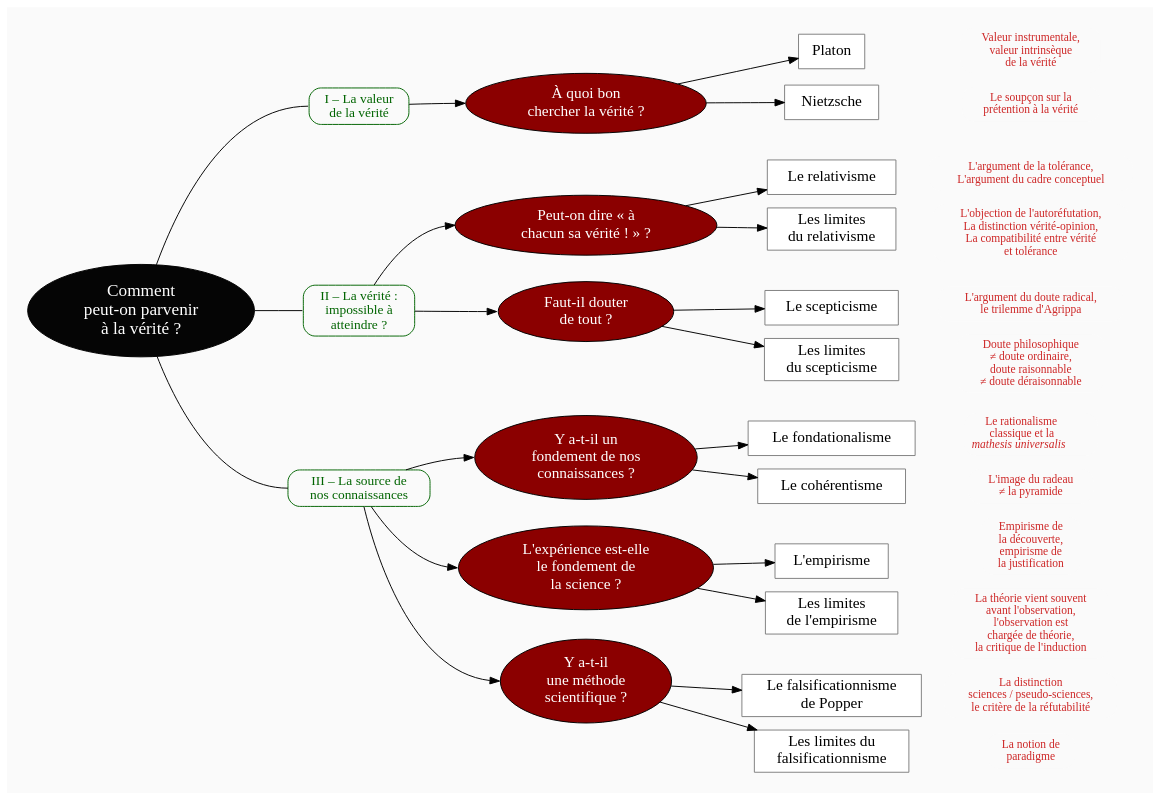
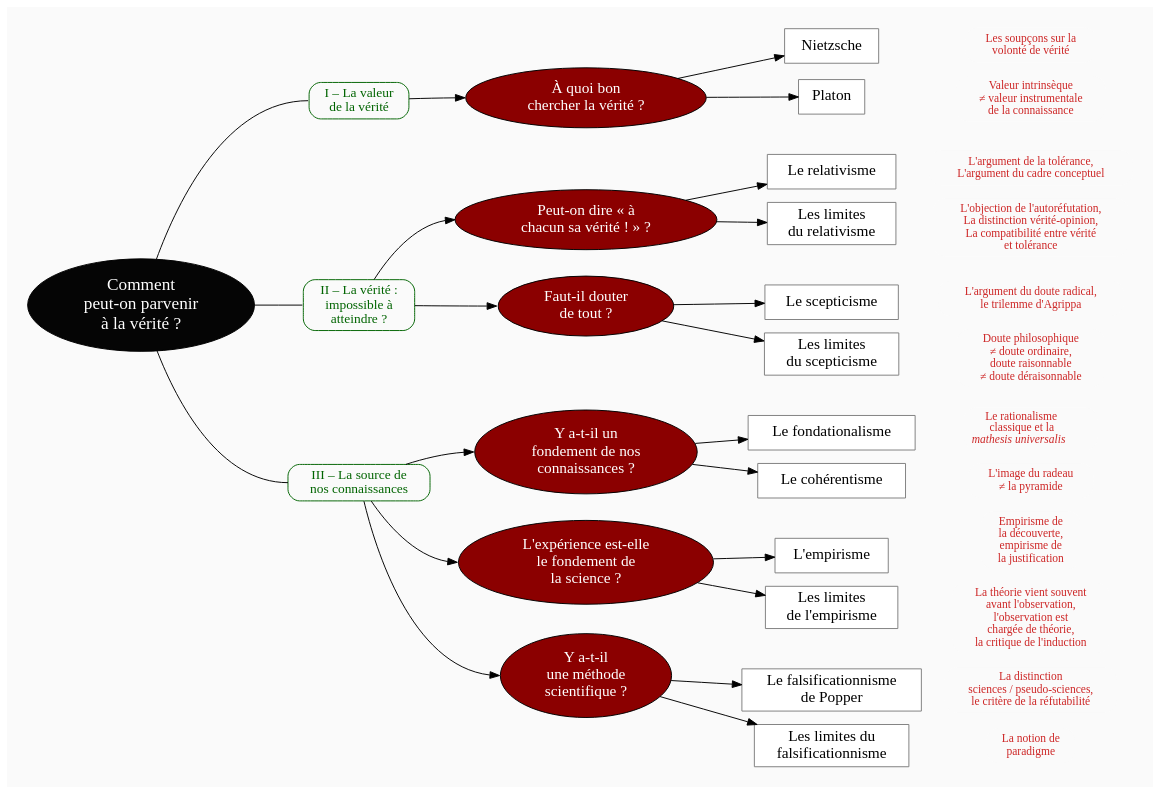
The diagram in plans/plan-cours-details-epistemologie.dot (eyssette/graphviz-examples), drawn with Graphviz before and after one commit. The commit also changed 1 other file, not shown here.

```diff
--- a/plans/plan-cours-details-epistemologie.dot
+++ b/plans/plan-cours-details-epistemologie.dot
@@ -1,188 +1,188 @@
 digraph G {
 // Template : diagram
 // Usage : 
 rankdir=LR
 splines=true
 //splines=curved
 bgcolor=grey98
 pad=0.3
 style=filled
 edge[minlen=3]
 node[style=filled, fontcolor=white]
 ranksep=0.1
 nodesep=0.2
 
 // NIVEAU 1
 node[fillcolor=grey2, fontsize=18]
 a1[label="Comment
 peut-on parvenir
 à la vérité ?"]
 
 // NIVEAU 2
 node[fontsize=14, shape=rect, fillcolor=grey98, fontcolor=darkgreen, color=darkgreen, style="filled, rounded"]
 a1->p1[headport=w, arrowhead=none,minlen=4]
 a1->p2[headport=w, arrowhead=none]
 a1->p3[headport=w, arrowhead=none]
 
 p1[label="I – La valeur
 de la vérité"]
 p2[label="II – La vérité :
 impossible à
 atteindre ?"]
 p3[label="III – La source de
 nos connaissances"]
 
 {rank=same;p1->p2[style=invis, minlen=12]}
 {rank=same;p1->p2[style=invis, minlen=12]}
 {rank=same;p2->p3[style=invis, minlen=10]}
 
 
 
 node[fontcolor=black, fontsize=16]
 // NIVEAU 3 (sans intermédiaire)
 node [shape=box, fillcolor=white, color=grey50]
 // c1[label=""]
 
 
 
 // INTERMÉDIAIRE AVANT NIVEAU 3
 node[fillcolor=red4, shape=oval, fontcolor=white, color=black, style="filled"]
 // [arrowhead=none]
 // bc1[label=""]
 p1->b1[headport=w]
 p2->b2[headport=w]
 p2->b3[headport=w]
 p3->b4[headport=w]
 p3->b5[headport=w]
 p3->b6[headport=w]
 b1[label="À quoi bon
 chercher la vérité ?"]    
 b2[label="Peut-on dire « à
 chacun sa vérité ! » ?"]
 b3[label="Faut-il douter
 de tout ?"]
 b4[label="Y a-t-il un
 fondement de nos
 connaissances ?"]
 b5[label="L'expérience est-elle
 le fondement de
 la science ?"]
 b6[label="Y a-t-il
 une méthode
 scientifique ?"]
 
 
 {rank=same;b1->b2[style=invis, minlen=3]}
 {rank=same;b2->b3[style=invis, minlen=2]}
 {rank=same;b3->b4[style=invis, minlen=2]}
 {rank=same;b4->b5->b6[style=invis, minlen=2]}
 
 // NIVEAU 3 (avec intermédiaire)
 node[fillcolor=white, shape=box, color=grey50, fontcolor=black]
 // c1[label=""]
 b1->{c1,c2}
-c1[label="Platon"]
-c2[label="Nietzsche"]
+c1[label="Nietzsche"]
+c2[label="Platon"]
 
 b2->{c3,c4}
 c3[label="Le relativisme"]
 c4[label="Les limites
 du relativisme"]
 
 b3->{c5,c6}
 c5[label="Le scepticisme"]
 c6[label="Les limites
 du scepticisme"]
 
 b4->{c7,c8}
 c7[label="Le fondationalisme"]
 c8[label="Le cohérentisme"]
 
 b5->{c9,c10}
 c9[label="L'empirisme"]
 c10[label="Les limites
 de l'empirisme"]
 
 b6->{c11,c12}
 c11[label="Le falsificationnisme
 de Popper"]
 c12[label="Les limites du
 falsificationnisme"]
 
 
 {rank=same;c2->c3[style=invis, minlen=3]}
 {rank=same;c4->c5[style=invis, minlen=3]}
 {rank=same;c6->c7[style=invis, minlen=3]}
 {rank=same;c8->c9[style=invis, minlen=3]}
 {rank=same;c10->c11[style=invis, minlen=3]}
 
 // NIVEAU 4
 node[style="filled,rounded", fillcolor=white, shape=box, color=grey50]
 // d1[label=""]
 
 
 // ÉTIQUETTES EN ROUGE
 node[shape=plaintext, fontcolor=firebrick3, fillcolor=grey98, fontsize=12]
 // e1[label=< <B>= Titre</B><BR /><BR />Contenu<BR /> >]
 // e1[label=""]
 // ->e1[minlen=1, style=invis]
 
-e1[label="Valeur instrumentale,
-valeur intrinsèque
-de la vérité"]
-e2[label="Le soupçon sur la
-prétention à la vérité"]
+e1[label="Les soupçons sur la
+volonté de vérité"]
+e2[label="Valeur intrinsèque
+≠ valeur instrumentale
+de la connaissance"]
 e3[label="L'argument de la tolérance,
 L'argument du cadre conceptuel"]
 e4[label="L'objection de l'autoréfutation,
 La distinction vérité-opinion,
 La compatibilité entre vérité
 et tolérance"]
 e5[label="L'argument du doute radical,
 le trilemme d'Agrippa"]
 e6[label="Doute philosophique
 ≠ doute ordinaire,
  doute raisonnable
 ≠ doute déraisonnable"]
 e7[label=<Le rationalisme<br/>
 classique et la<br/>
 <i>mathesis universalis</i>>]
 e8[label="L'image du radeau
 ≠ la pyramide"]
 e9[label="Empirisme de
 la découverte,
 empirisme de
 la justification"]
 e10[label="La théorie vient souvent
 avant l'observation,
 l'observation est
 chargée de théorie,
 la critique de l'induction"]
 e11[label="La distinction
 sciences / pseudo-sciences,
 le critère de la réfutabilité"]
 e12[label="La notion de
 paradigme"]
 
 c1->e1[minlen=1, style=invis]
 c2->e2[minlen=1, style=invis]
 c3->e3[minlen=1, style=invis]
 c4->e4[minlen=1, style=invis]
 c5->e5[minlen=1, style=invis]
 c6->e6[minlen=1, style=invis]
 c7->e7[minlen=1, style=invis]
 c8->e8[minlen=1, style=invis]
 c9->e9[minlen=1, style=invis]
 c10->e10[minlen=1, style=invis]
 c11->e11[minlen=1, style=invis]
 c12->e12[minlen=1, style=invis]
 
 
 // REMARQUES EN BLEU
 node[color=blue, shape=box, margin=0.07, fontcolor=black, fontsize=12, style="dashed", penwidth=0.6]
 edge[color=blue, arrowhead="none", xlabel="", style="dashed", penwidth=0.6]
 // r1[label=""]
 // {rank=same;->r1}
 // {rank=same;r1->[dir=back]}
 
 }
```
